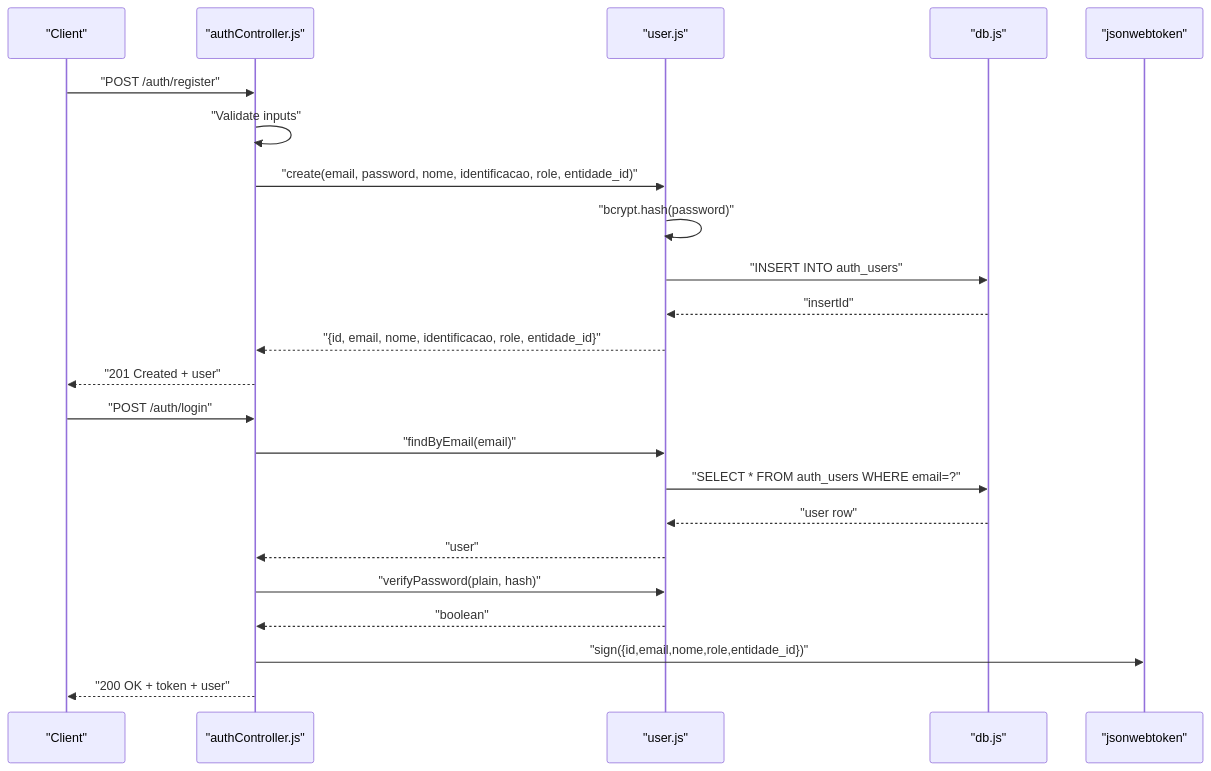
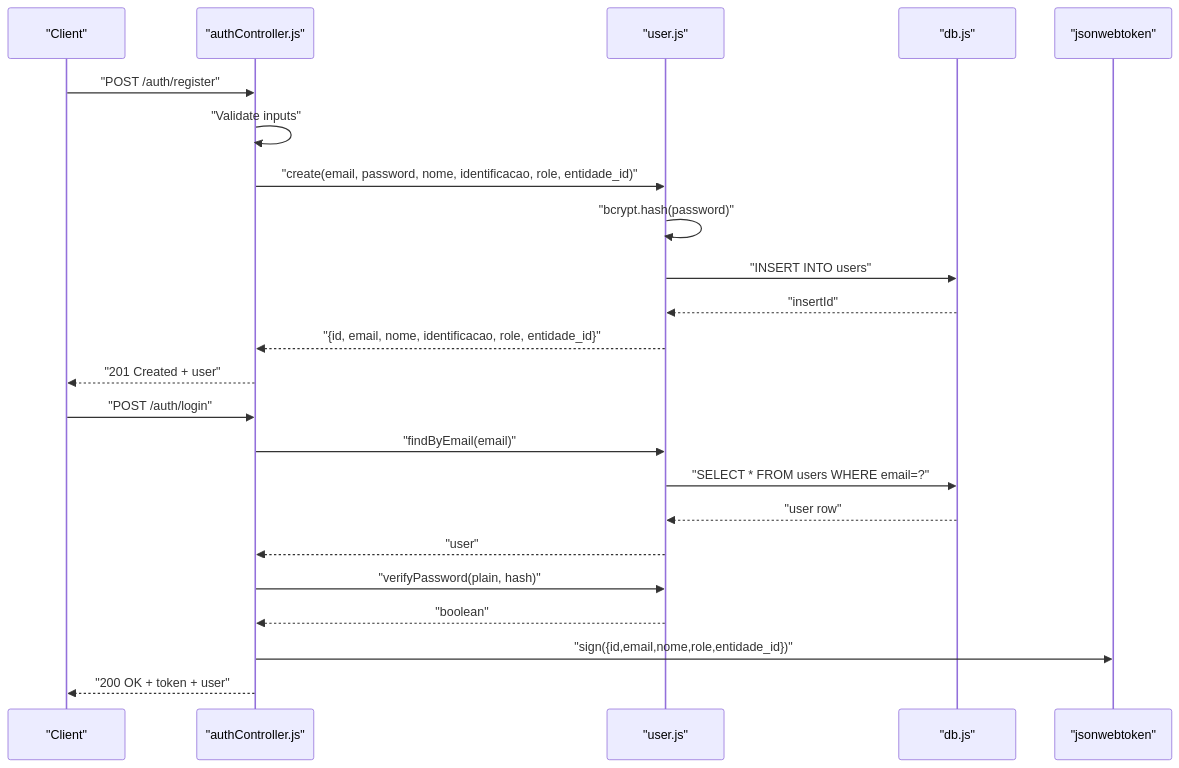
One commit to luiseduacosta/nodemural changed the second of 8 diagrams in .qoder/repowiki/en/content/Data Models & Database Design/Core Data Models.md. Above: the diagram before and after it, drawn with Mermaid. The commit also changed other lines of this file and 30 other files, not shown here.

Commit message:
Update tables schema.

````diff
--- a/.qoder/repowiki/en/content/Data Models & Database Design/Core Data Models.md
+++ b/.qoder/repowiki/en/content/Data Models & Database Design/Core Data Models.md
@@ -165,25 +165,25 @@
 ```mermaid
 sequenceDiagram
 participant Client as "Client"
 participant Ctrl as "authController.js"
 participant UserModel as "user.js"
 participant DB as "db.js"
 participant JWT as "jsonwebtoken"
 Client->>Ctrl : "POST /auth/register"
 Ctrl->>Ctrl : "Validate inputs"
 Ctrl->>UserModel : "create(email, password, nome, identificacao, role, entidade_id)"
 UserModel->>UserModel : "bcrypt.hash(password)"
-UserModel->>DB : "INSERT INTO auth_users"
+UserModel->>DB : "INSERT INTO users"
 DB-->>UserModel : "insertId"
 UserModel-->>Ctrl : "{id, email, nome, identificacao, role, entidade_id}"
 Ctrl-->>Client : "201 Created + user"
 Client->>Ctrl : "POST /auth/login"
 Ctrl->>UserModel : "findByEmail(email)"
-UserModel->>DB : "SELECT * FROM auth_users WHERE email=?"
+UserModel->>DB : "SELECT * FROM users WHERE email=?"
 DB-->>UserModel : "user row"
 UserModel-->>Ctrl : "user"
 Ctrl->>UserModel : "verifyPassword(plain, hash)"
 UserModel-->>Ctrl : "boolean"
 Ctrl->>JWT : "sign({id,email,nome,role,entidade_id})"
 Ctrl-->>Client : "200 OK + token + user"
 ```
````
